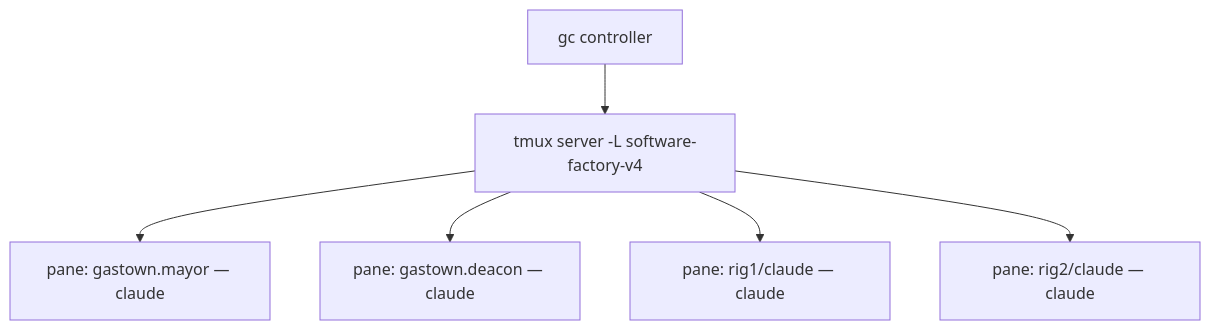
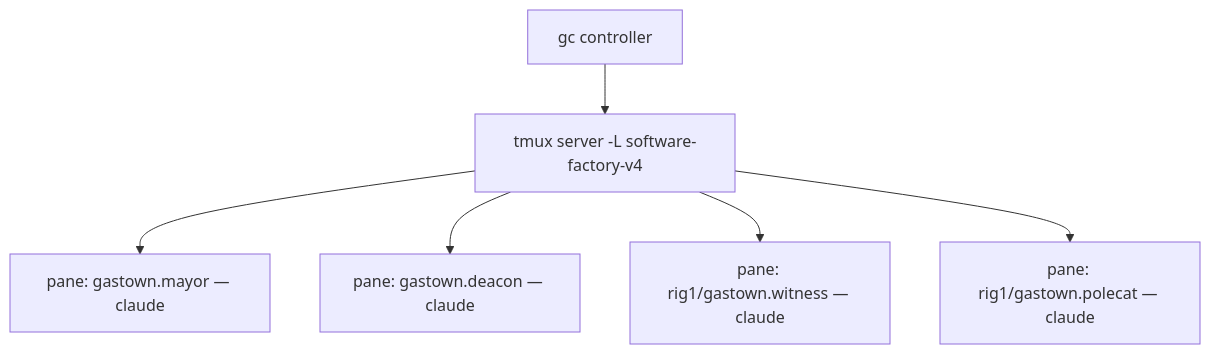
Before and after one commit to lago-morph/software-factory-prototype: the second of 3 diagrams in docs/GETTING-STARTED.md, drawn with Mermaid. The commit also changed other lines of this file and 4 other files, not shown here.

````diff
--- a/docs/GETTING-STARTED.md
+++ b/docs/GETTING-STARTED.md
@@ -113,8 +122,8 @@
 ```mermaid
 flowchart TD
   ctrl[gc controller] --> tmux[tmux server -L software-factory-v4]
   tmux --> p1[pane: gastown.mayor — claude]
   tmux --> p2[pane: gastown.deacon — claude]
-  tmux --> p3[pane: rig1/claude — claude]
-  tmux --> p4[pane: rig2/claude — claude]
+  tmux --> p3[pane: rig1/gastown.witness — claude]
+  tmux --> p4[pane: rig1/gastown.polecat — claude]
 ```
````
